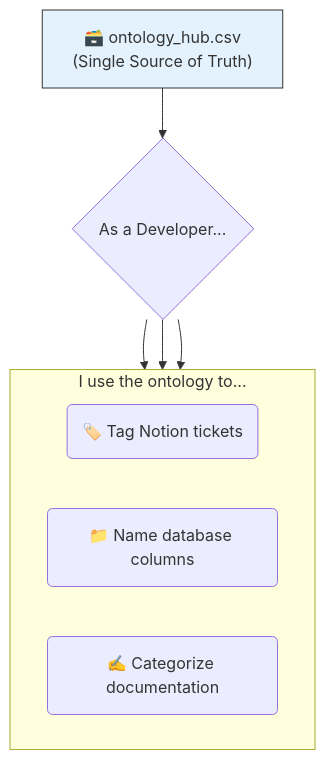
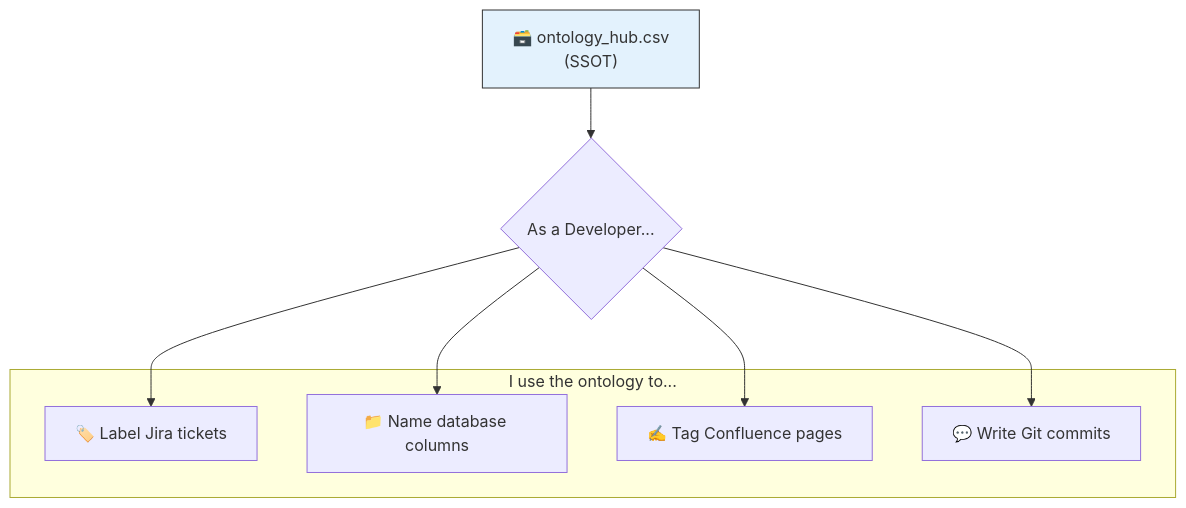
The second of 4 diagrams in docs/2_data_governance/ontology_hub.md (PrometheusFire-22/project-chronos), drawn with Mermaid before and after one commit. The commit also changed other lines of this file and 12 other files, not shown here.

````diff
--- a/docs/2_data_governance/ontology_hub.md
+++ b/docs/2_data_governance/ontology_hub.md
@@ -37,17 +252,15 @@
 ```mermaid
 graph TD
-    A["🗃️ ontology_hub.csv <br/> (Single Source of Truth)"] --> B{As a Developer...};
-    
+    A["🗃️ ontology_hub.csv<br/>(SSOT)"] --> B{As a Developer...}
+
     subgraph "I use the ontology to..."
-        direction LR
-        C(🏷️ Tag Notion tickets)
-        D(📁 Name database columns)
-        E(✍️ Categorize documentation)
+        C["🏷️ Label Jira tickets"]
+        D["📁 Name database columns"]
+        E["✍️ Tag Confluence pages"]
+        F["💬 Write Git commits"]
     end
 
-    B --> C;
-    B --> D;
-    B --> E;
+    B --> C & D & E & F
 
     style A fill:#e3f2fd,stroke:#333
 ```
````
